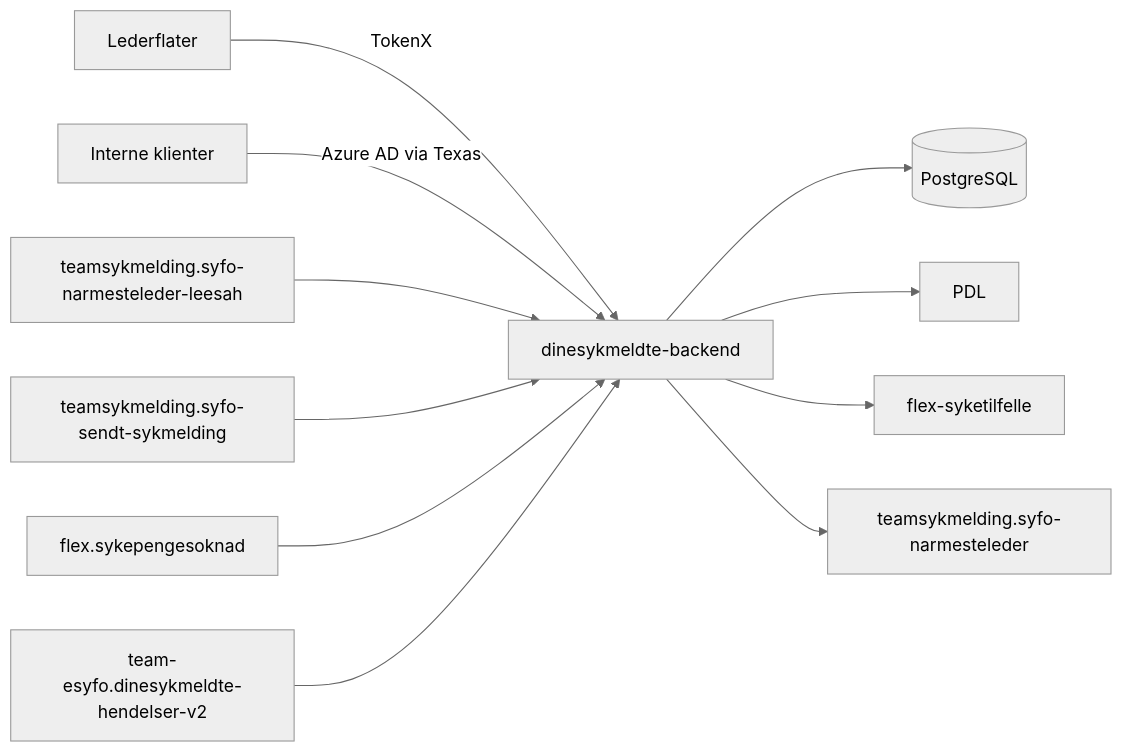
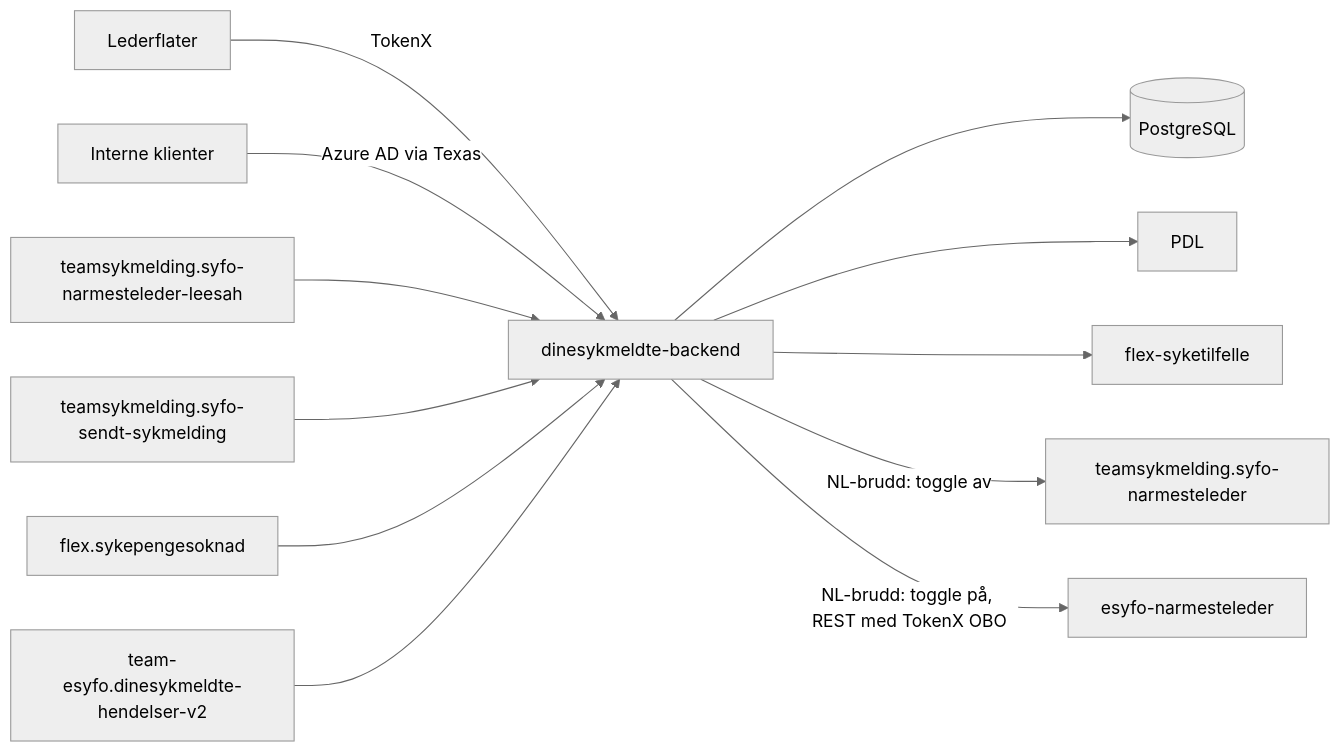
One commit to navikt/dinesykmeldte-backend changed the diagram in README.md. Above: the diagram before and after it, drawn with Mermaid (neutral theme). The commit also changed other lines of this file and 13 other files, not shown here.

First line of the commit message:
feat(narmesteleder): send NL-brudd til esyfo-narmesteleder via REST bak toggle

````diff
--- a/README.md
+++ b/README.md
@@ -13,13 +13,14 @@
 ```mermaid
 flowchart LR
     A[Lederflater] -->|TokenX| B[dinesykmeldte-backend]
     X[Interne klienter] -->|Azure AD via Texas| B
     K1[teamsykmelding.syfo-narmesteleder-leesah] --> B
     K2[teamsykmelding.syfo-sendt-sykmelding] --> B
     K3[flex.sykepengesoknad] --> B
     K4[team-esyfo.dinesykmeldte-hendelser-v2] --> B
     B --> DB[(PostgreSQL)]
     B --> PDL[PDL]
     B --> F[flex-syketilfelle]
-    B --> K5[teamsykmelding.syfo-narmesteleder]
+    B -->|NL-brudd: toggle av| K5[teamsykmelding.syfo-narmesteleder]
+    B -->|NL-brudd: toggle på, REST med TokenX OBO| E[esyfo-narmesteleder]
 ```
````
